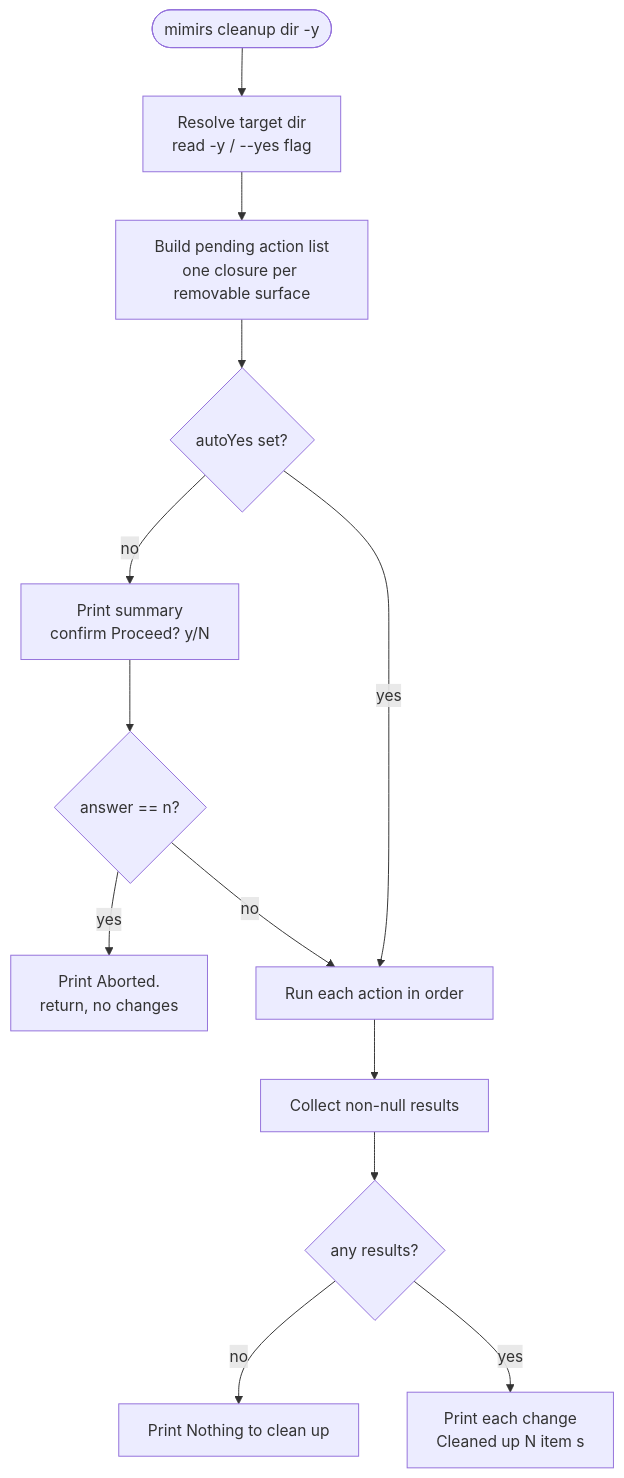
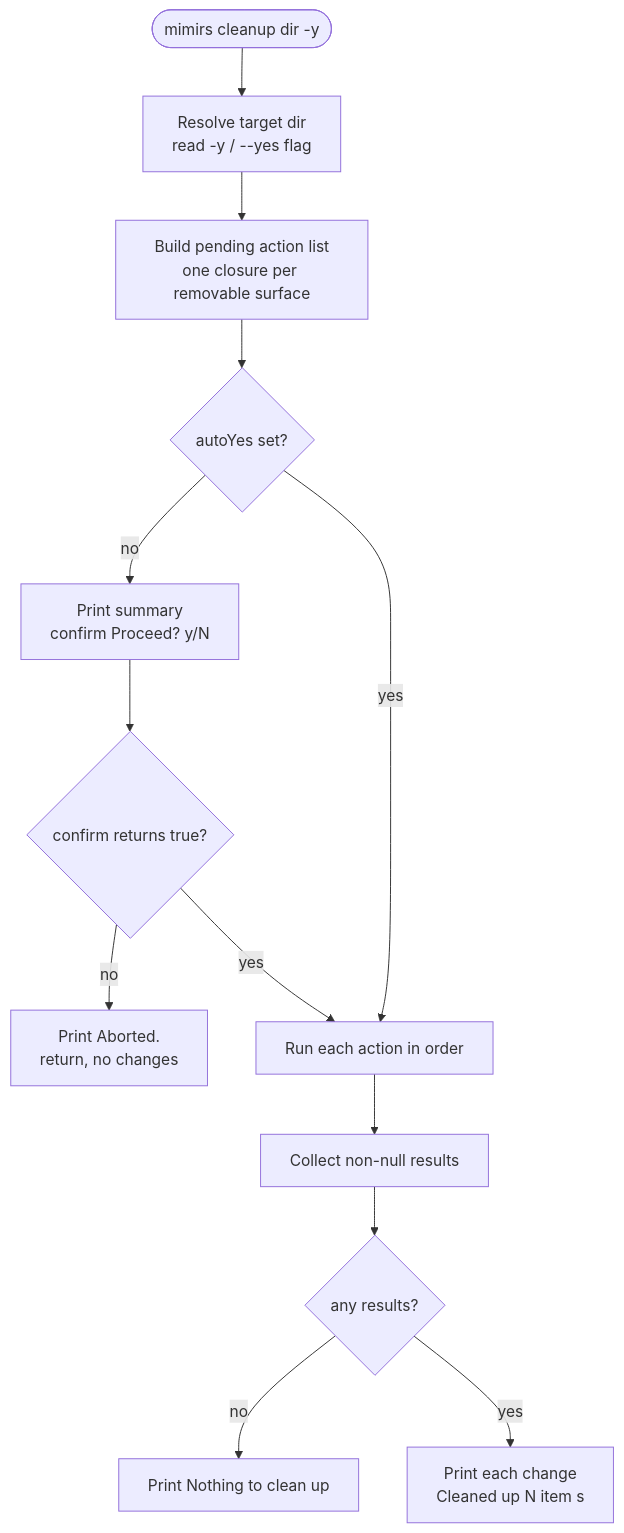
The diagram in wiki/cli/cleanup.md (TheWinci/mimirs), drawn with Mermaid before and after one commit. The commit also changed other lines of this file and 58 other files, not shown here.

````diff
--- a/wiki/cli/cleanup.md
+++ b/wiki/cli/cleanup.md
@@ -13,15 +13,15 @@
 ```mermaid
 flowchart TD
-  Start([mimirs cleanup dir -y]) --> Resolve[Resolve target dir<br>read -y / --yes flag]
-  Resolve --> Build[Build pending action list<br>one closure per removable surface]
-  Build --> AutoYes{autoYes set?}
-  AutoYes -- no --> Prompt[Print summary<br>confirm Proceed? y/N]
-  Prompt --> Answer{answer == n?}
-  Answer -- yes --> Abort[Print Aborted.<br>return, no changes]
-  Answer -- no --> Run
-  AutoYes -- yes --> Run[Run each action in order]
-  Run --> Collect[Collect non-null results]
-  Collect --> Any{any results?}
-  Any -- no --> Empty[Print Nothing to clean up]
-  Any -- yes --> Report[Print each change<br>Cleaned up N item s]
+  startNode([mimirs cleanup dir -y]) --> resolve[Resolve target dir<br>read -y / --yes flag]
+  resolve --> build[Build pending action list<br>one closure per removable surface]
+  build --> autoYes{autoYes set?}
+  autoYes -- no --> prompt[Print summary<br>confirm Proceed? y/N]
+  prompt --> answer{confirm returns true?}
+  answer -- no --> abort[Print Aborted.<br>return, no changes]
+  answer -- yes --> run
+  autoYes -- yes --> run[Run each action in order]
+  run --> collect[Collect non-null results]
+  collect --> any{any results?}
+  any -- no --> empty[Print Nothing to clean up]
+  any -- yes --> report[Print each change<br>Cleaned up N item s]
 ```
````
